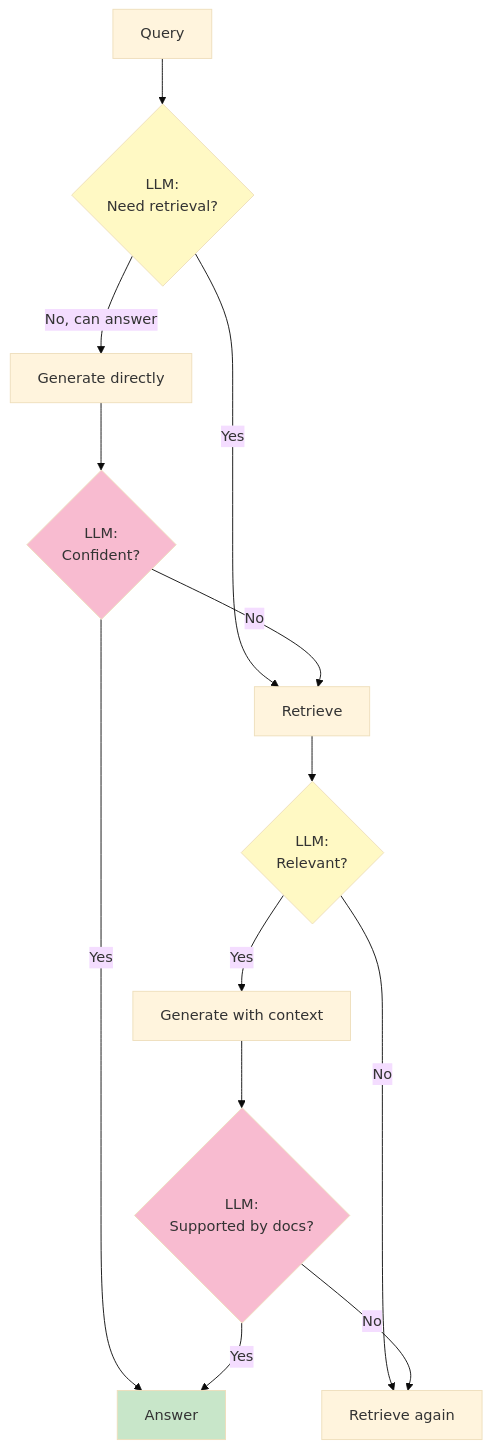
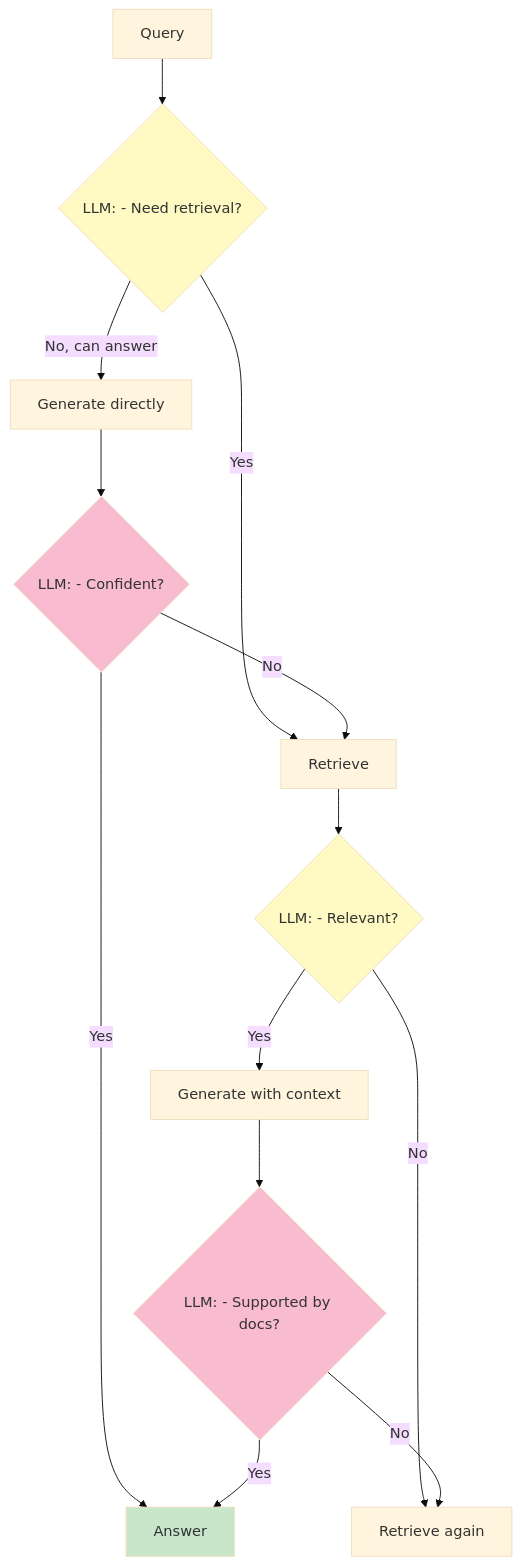
Before and after one commit to indhra/llm_rag_sec_findings: the seventh of 10 diagrams in docs/learning/08-advanced-rag.md, drawn with Mermaid (base theme). The commit also changed other lines of this file and 9 other files, not shown here.

````diff
--- a/docs/learning/08-advanced-rag.md
+++ b/docs/learning/08-advanced-rag.md
@@ -308,25 +308,25 @@
 ```mermaid
 graph TB
-    Q[Query] --> D1{LLM:<br/>Need retrieval?}
+    Q[Query] --> D1{LLM: - Need retrieval?}
     
     D1 -->|Yes| R[Retrieve]
     D1 -->|No, can answer| G1[Generate directly]
     
-    R --> D2{LLM:<br/>Relevant?}
+    R --> D2{LLM: - Relevant?}
     D2 -->|Yes| G2[Generate with context]
     D2 -->|No| R2[Retrieve again]
     
-    G1 --> C1{LLM:<br/>Confident?}
-    G2 --> C2{LLM:<br/>Supported by docs?}
+    G1 --> C1{LLM: - Confident?}
+    G2 --> C2{LLM: - Supported by docs?}
     
     C1 -->|Yes| OUT[Answer]
     C1 -->|No| R
     C2 -->|Yes| OUT
     C2 -->|No| R2
     
     style D1 fill:#fff9c4
     style D2 fill:#fff9c4
     style C1 fill:#f8bbd0
     style C2 fill:#f8bbd0
     style OUT fill:#c8e6c9
 ```
````
